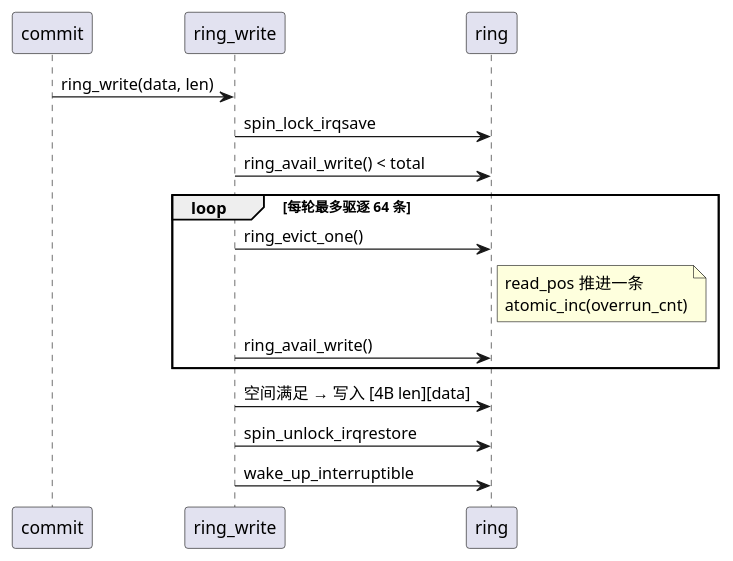
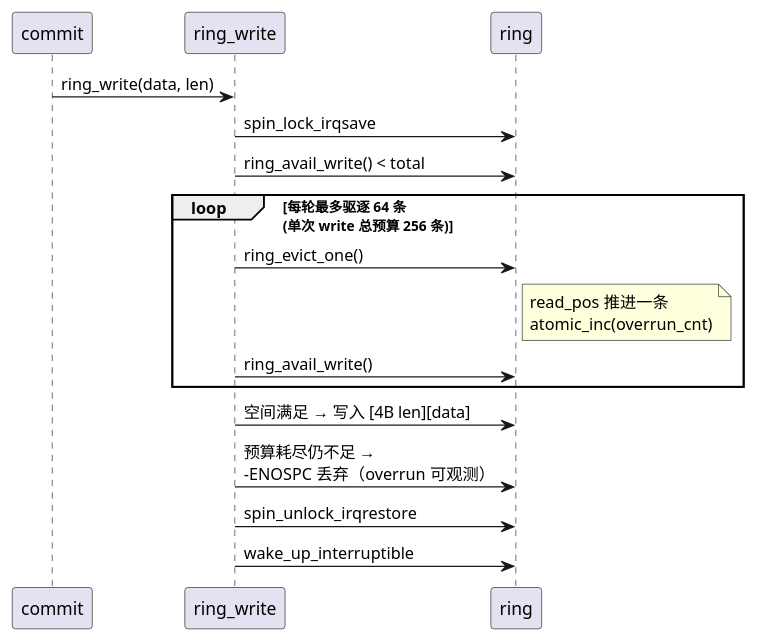
The second of 16 diagrams in docs/01-打点增强/01.01-内核态增强-lcview-kernel.md (lechao365/AndroidSystemEnhance), drawn with PlantUML before and after one commit. The commit also changed other lines of this file and 184 other files, not shown here.

````diff
--- a/docs/01-打点增强/01.01-内核态增强-lcview-kernel.md
+++ b/docs/01-打点增强/01.01-内核态增强-lcview-kernel.md
@@ -73,21 +73,22 @@
 ```plantuml
 @startuml
 participant "commit" as commit
 participant "ring_write" as RW
 participant "ring" as R
 
 commit -> RW : ring_write(data, len)
 RW -> R : spin_lock_irqsave
 RW -> R : ring_avail_write() < total
 
-loop 每轮最多驱逐 64 条
+loop 每轮最多驱逐 64 条\n(单次 write 总预算 256 条)
     RW -> R : ring_evict_one()
     note right of R: read_pos 推进一条\natomic_inc(overrun_cnt)
     RW -> R : ring_avail_write()
 end
 
 RW -> R : 空间满足 → 写入 [4B len][data]
+RW -> R : 预算耗尽仍不足 →\n-ENOSPC 丢弃（overrun 可观测）
 RW -> R : spin_unlock_irqrestore
 RW -> R : wake_up_interruptible
 @enduml
 ```
````
